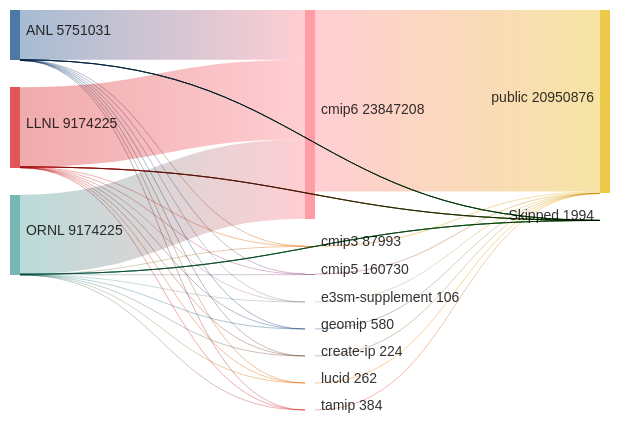
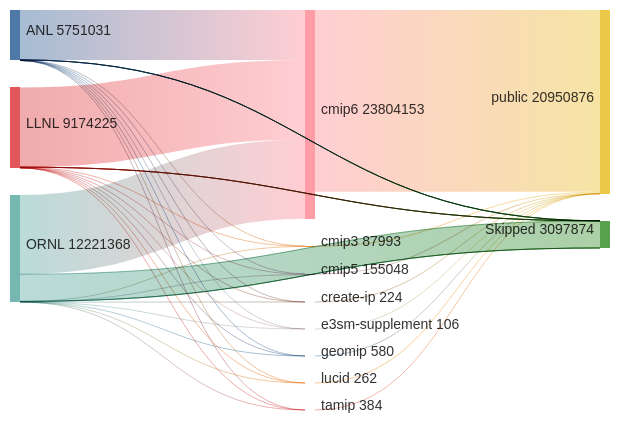
One commit to minxu74/metadata_docs changed the diagram in docs/Migration/jsons/sankey_project_datasets.md. Above: the diagram before and after it, drawn with Mermaid. The commit also changed 2 other files, not shown here.

Commit message:
fix an error to generate the snakey diagrams

```diff
--- a/docs/Migration/jsons/sankey_project_datasets.md
+++ b/docs/Migration/jsons/sankey_project_datasets.md
@@ -13,21 +13,21 @@
 
 ANL, cmip5,35148
 LLNL,cmip5,62791
-ORNL,cmip5,62791
+ORNL,cmip5,57109
 
 ANL, Skipped,0
 LLNL,Skipped,0
-ORNL,Skipped,0
+ORNL,Skipped,21960
 
 cmip5,public,133088
 
 ANL, cmip6,5686552
 LLNL,cmip6,9080328
-ORNL,cmip6,9080328
+ORNL,cmip6,9037273
 
 ANL, Skipped,0
 LLNL,Skipped,997
-ORNL,Skipped,997
+ORNL,Skipped,3074192
 
 cmip6,public,20728964
 
@@ -37,7 +37,7 @@
 
 ANL, Skipped,0
 LLNL,Skipped,0
-ORNL,Skipped,0
+ORNL,Skipped,112
 
 create-ip,public,112
 
@@ -57,7 +57,7 @@
 
 ANL, Skipped,0
 LLNL,Skipped,0
-ORNL,Skipped,0
+ORNL,Skipped,290
 
 geomip,public,290
 
@@ -67,7 +67,7 @@
 
 ANL, Skipped,0
 LLNL,Skipped,0
-ORNL,Skipped,0
+ORNL,Skipped,131
 
 lucid,public,131
 
@@ -77,7 +77,7 @@
 
 ANL, Skipped,0
 LLNL,Skipped,0
-ORNL,Skipped,0
+ORNL,Skipped,192
 
 tamip,public,192
 
```
